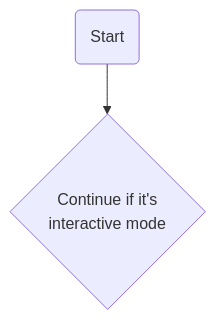
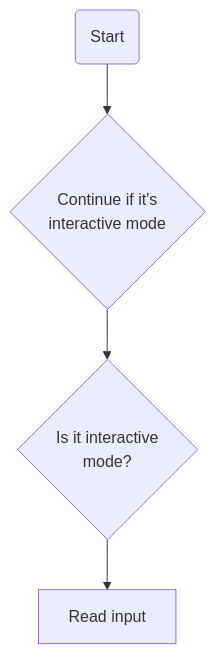
The diagram in README.md (mattowsh/holbertonschool-simple_shell), drawn with Mermaid before and after one commit.

````diff
--- a/README.md
+++ b/README.md
@@ -27,5 +27,7 @@
 ```mermaid
 graph TD;
-  Start0(Start)-->While0{Continue if it's<br>interactive mode}
-  
+  Start0(Start)
+  Start0-->While0{Continue if it's<br>interactive mode}
+  While0-->If0{Is it interactive<br>mode?}
+  If0-->Getline[Read input]
   ```
````
